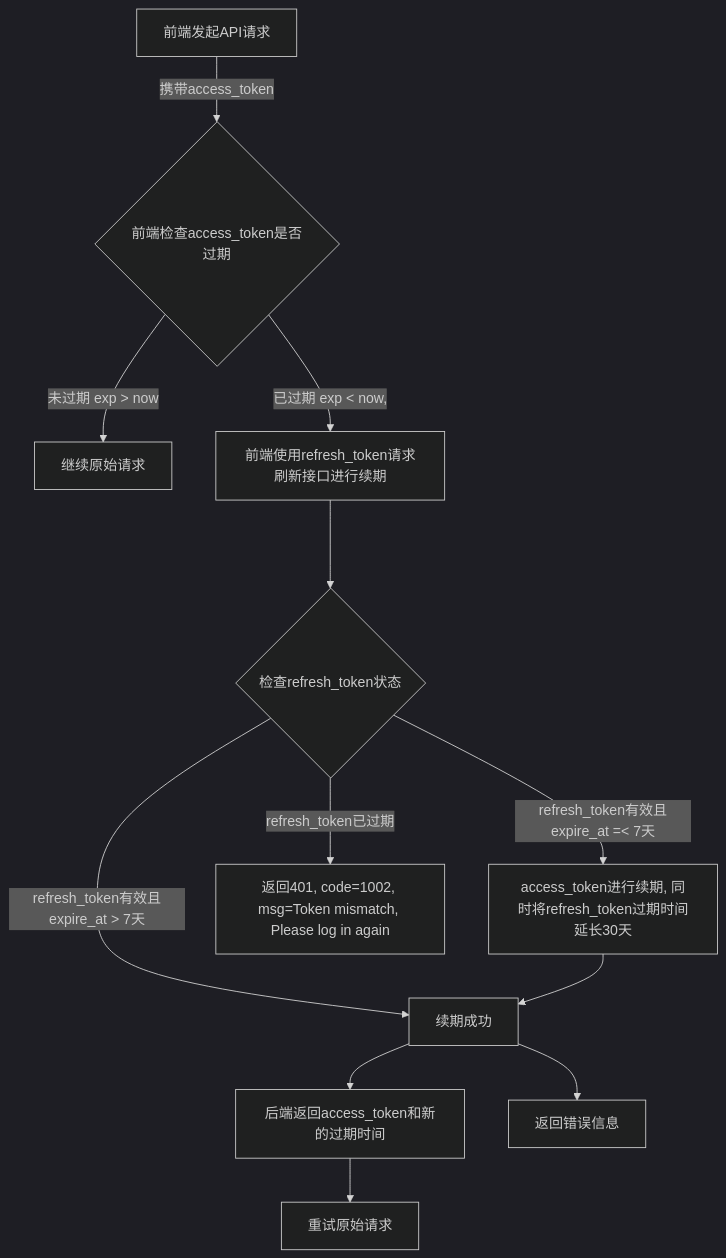
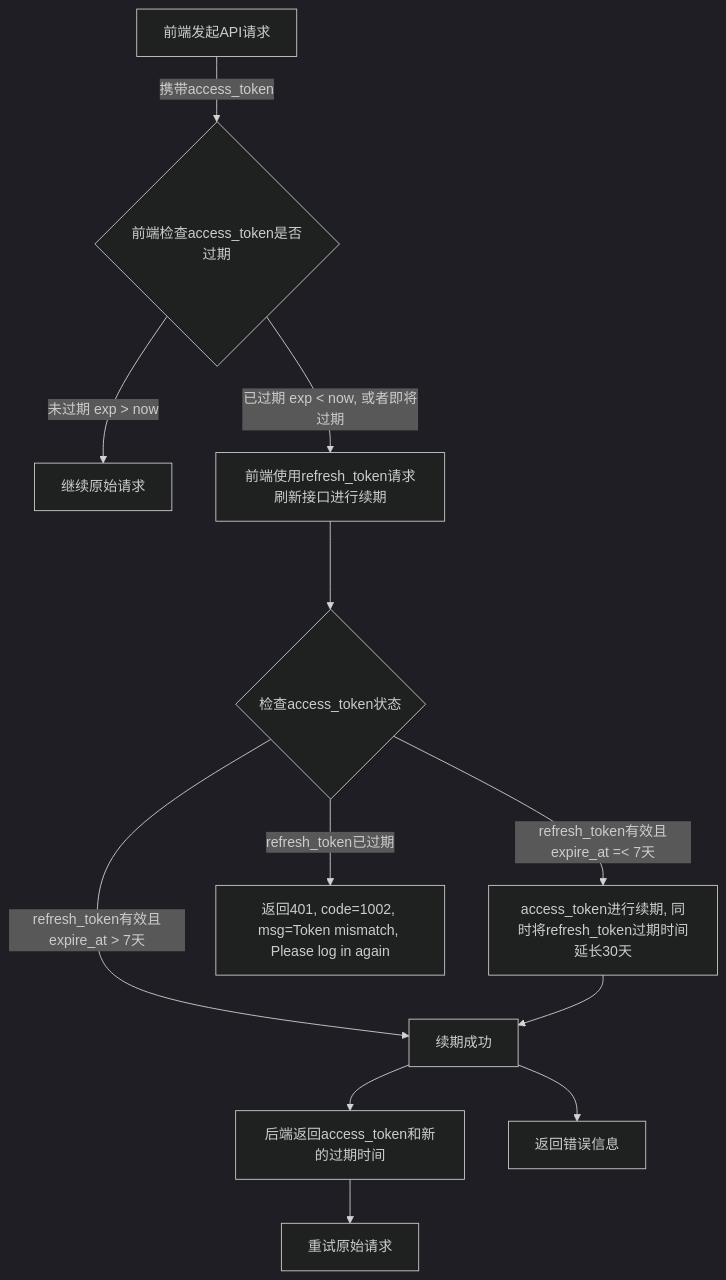
The diagram in all/openAPI-17.md (yingjianzh/iodraw-files), drawn with Mermaid (dark theme) before and after one commit.

Commit message:
2025-01-08 18:19:51 update

````diff
--- a/all/openAPI-17.md
+++ b/all/openAPI-17.md
@@ -1,15 +1,15 @@
 ```mermaid
 flowchart TD
     A[前端发起API请求] -->|携带access_token| B{前端检查access_token是否过期}
     B -->|未过期 exp > now| C[继续原始请求]
-    B -->|已过期 exp < now,| D[前端使用refresh_token请求刷新接口进行续期]
-    D ---> L{检查refresh_token状态}
+    B -->|已过期 exp < now, 或者即将过期| D[前端使用refresh_token请求刷新接口进行续期]
+    D ---> L{检查access_token状态}
     L -->|refresh_token有效且expire_at =< 7天| E[access_token进行续期, 同时将refresh_token过期时间延长30天]
     L -->|refresh_token已过期| F[返回401, code=1002, msg=Token mismatch, Please log in again]
     L -->|refresh_token有效且expire_at > 7天 | G[续期成功]
     G -->H[后端返回access_token和新的过期时间]
     G -->I[返回错误信息]
     H --> J[重试原始请求]
     E --> G
 
 ```
````
